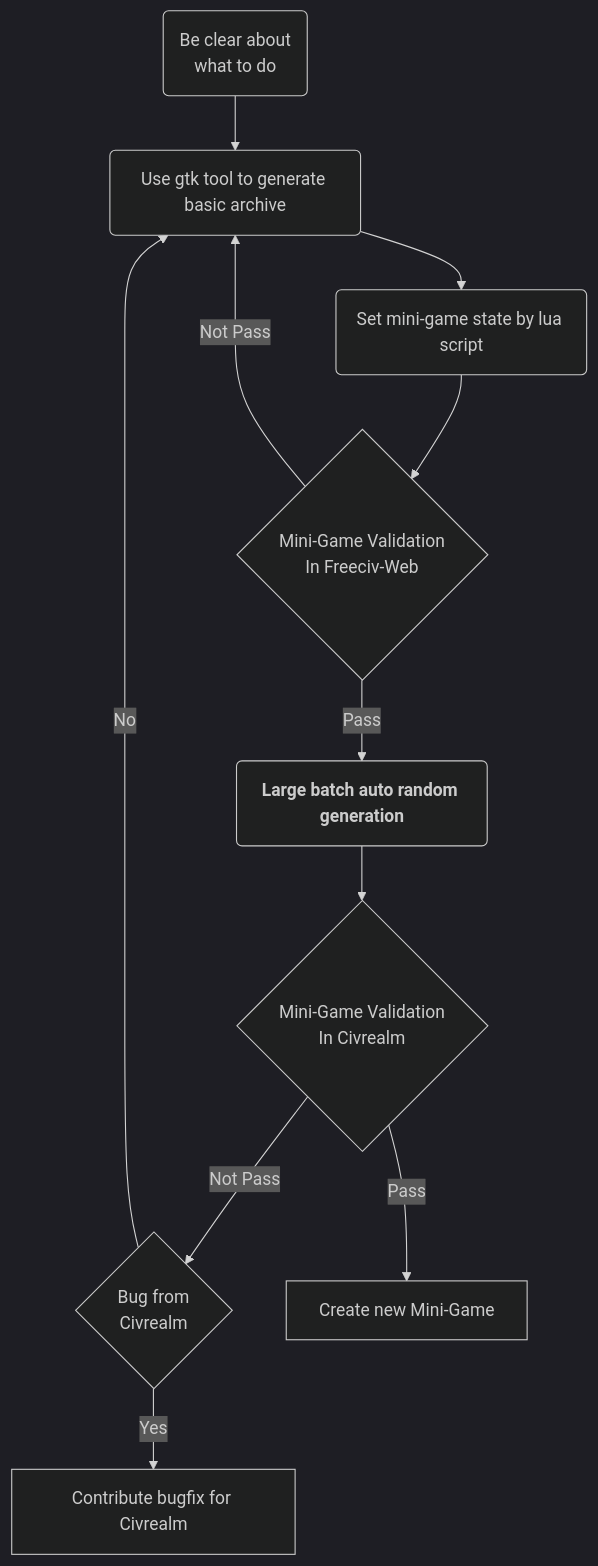
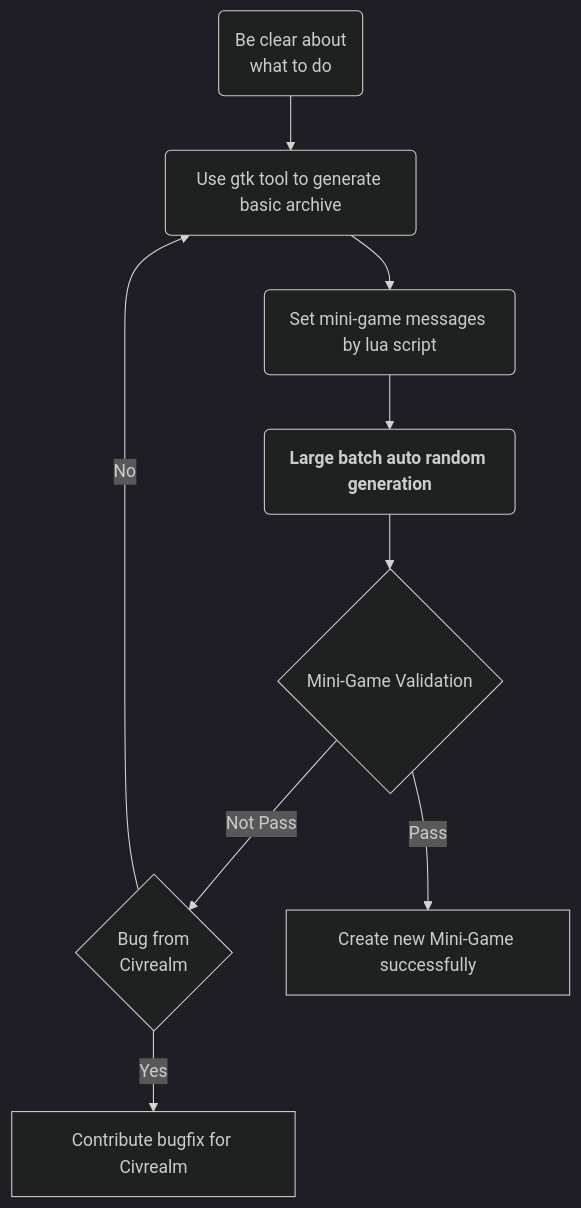
One commit to fdrocha/forecastbench-sim changed the diagram in docs/advanced_materials/minigame.md. Above: the diagram before and after it, drawn with Mermaid (dark theme). The commit also changed other lines of this file and 1 other file, not shown here.

````diff
--- a/docs/advanced_materials/minigame.md
+++ b/docs/advanced_materials/minigame.md
@@ -253,13 +253,11 @@
 ```mermaid
 graph TD
     A(Be clear about \nwhat to do) --> D(Use gtk tool to generate basic archive)
-    D --> F(Set mini-game state by lua script)
-    F --> C{Mini-Game Validation\n In Freeciv-Web}
-    C --> |Not Pass| D 
-    C --> |Pass| E(<b>Large batch auto random generation</b>)
-    E --> H{Mini-Game Validation\n In Civrealm}
+    D --> F(Set mini-game messages by lua script)
+    F --> E(<b>Large batch auto random generation</b>)
+    E --> H{Mini-Game Validation}
     H --> |Not Pass| J{Bug from \nCivrealm}
     J --> |Yes| K[Contribute bugfix for Civrealm]
     J --> |No| D
-    H --> |Pass| I[Create new Mini-Game]
+    H --> |Pass| I[Create new Mini-Game successfully]
 ```
````
